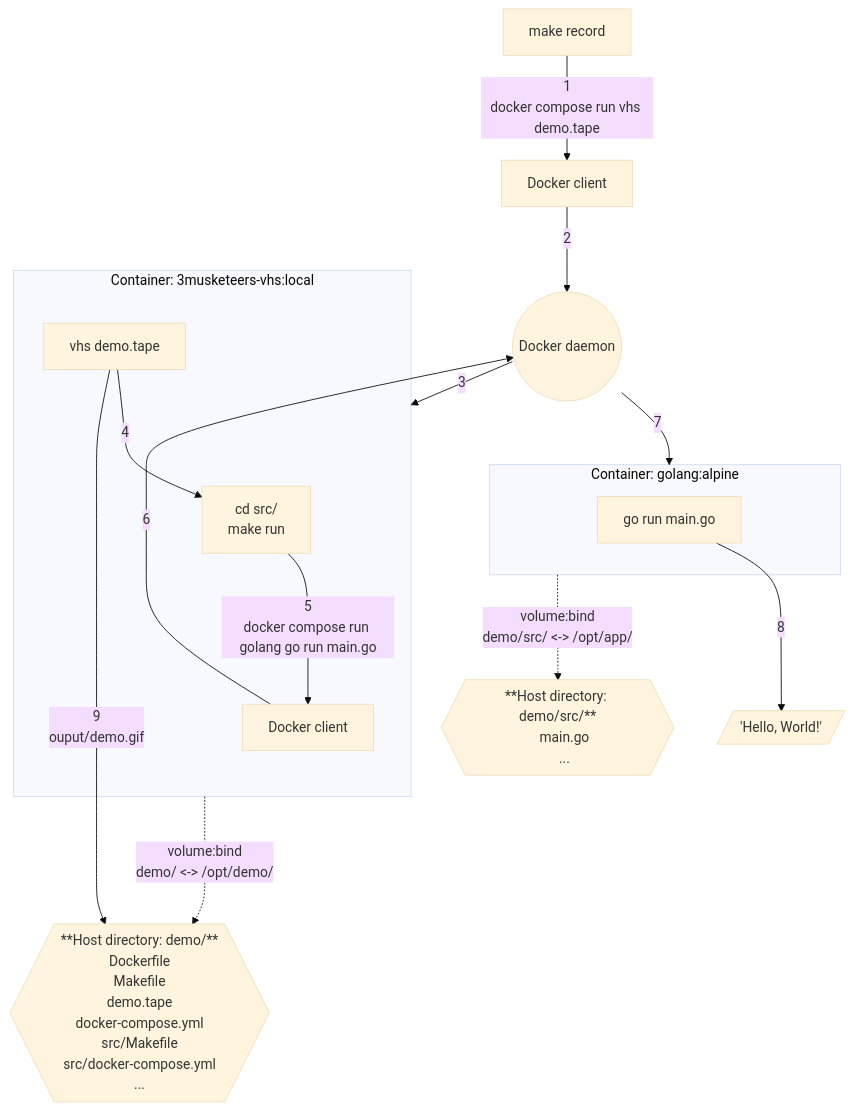
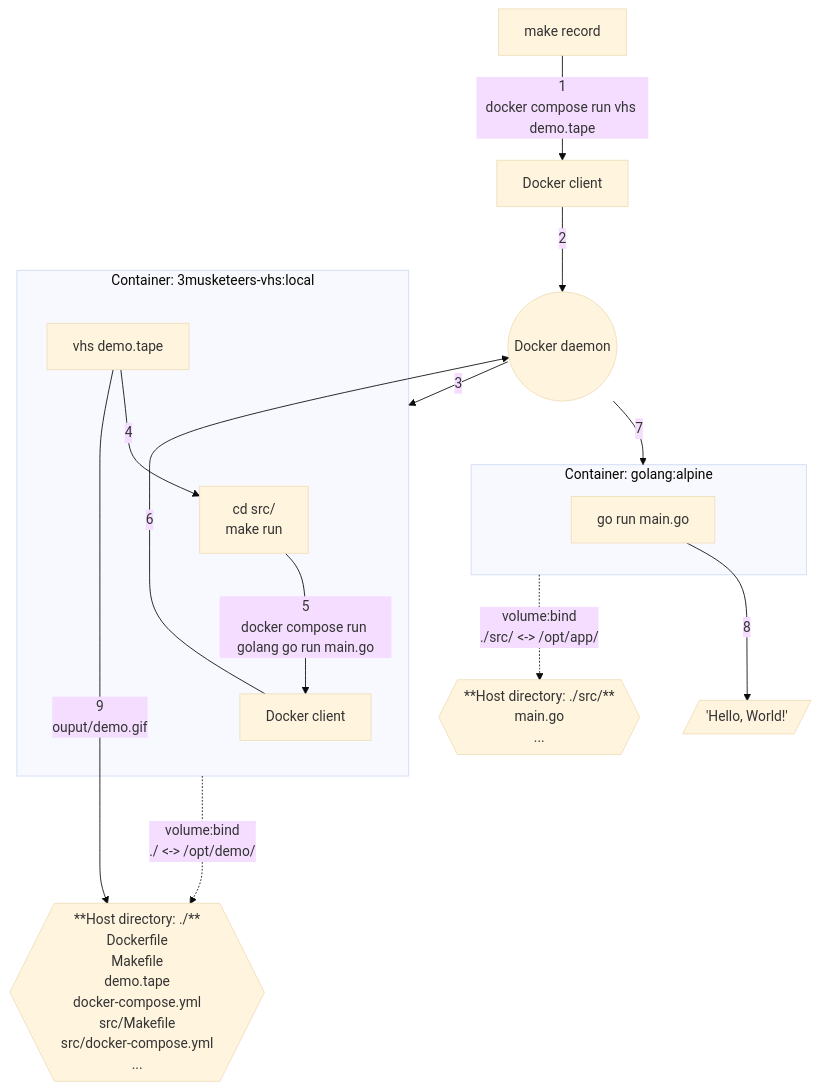
The diagram in demo/README.md (flemay/3musketeers), drawn with Mermaid (base theme) before and after one commit. The commit also changed 12 other files, not shown here.

````diff
--- a/demo/README.md
+++ b/demo/README.md
@@ -39,31 +39,31 @@
 ```mermaid
 graph TB
     make-record[make record]-->|1\ndocker compose run vhs demo.tape|host-docker-client[Docker client]
     host-docker-client-->|2|docker-daemon((Docker daemon))
     subgraph vhs-local-container [Container: 3musketeers-vhs:local]
     vhs[vhs demo.tape]-->|4|make-run["cd src/
     make run"]
     make-run-->|5\ndocker compose run golang go run main.go|docker-client[Docker client]
     end
     docker-daemon-->|3|vhs-local-container
     docker-client-->|6|docker-daemon
-    dir-demo{{"**Host directory: demo/**
+    dir-demo{{"**Host directory: ./**
     Dockerfile
     Makefile
     demo.tape
     docker-compose.yml
     src/Makefile
     src/docker-compose.yml
     ..."}}
-    vhs-local-container-...->|volume:bind\ndemo/ <-> /opt/demo/|dir-demo
+    vhs-local-container-...->|volume:bind\n./ <-> /opt/demo/|dir-demo
     docker-daemon-->|7|golang-alpine-container
     subgraph golang-alpine-container [Container: golang:alpine]
         go-run[go run main.go]
     end
-    dir-demo-src{{"**Host directory: demo/src/**
+    dir-demo-src{{"**Host directory: ./src/**
     main.go
     ..."}}
-    golang-alpine-container-.->|volume:bind\ndemo/src/ <-> /opt/app/|dir-demo-src
+    golang-alpine-container-.->|volume:bind\n./src/ <-> /opt/app/|dir-demo-src
     go-run-->|8|hello-world[/'Hello, World!'/]
     vhs-->|9\nouput/demo.gif|dir-demo
 ```
````
